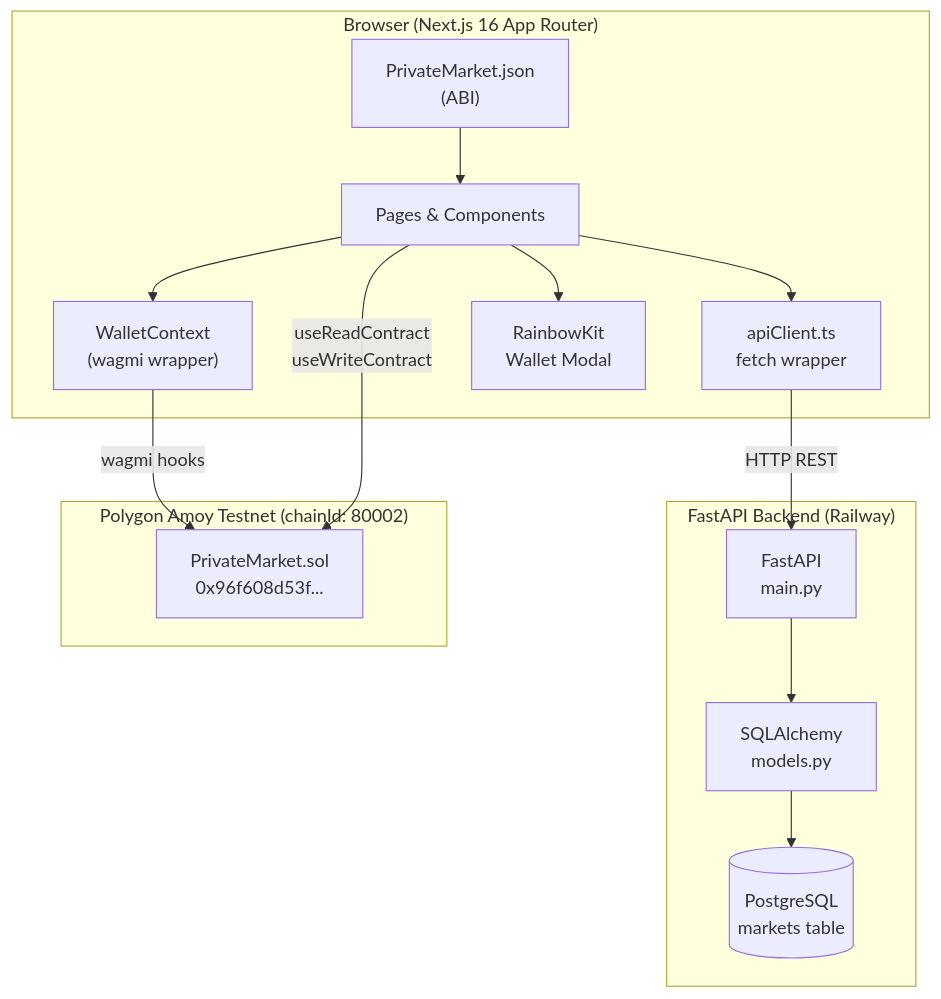
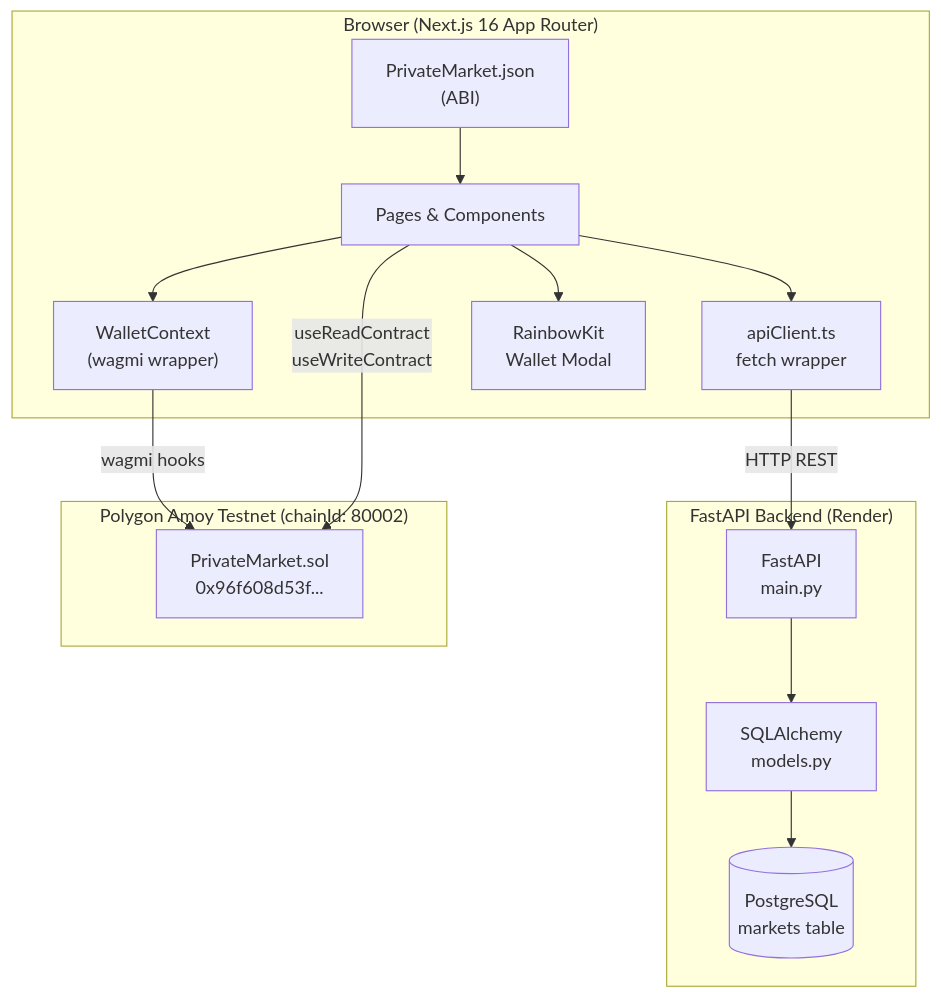
One commit to ameer-khan-ashraf/private-polymarket changed the first of 8 diagrams in ARCHITECTURE.md. Above: the diagram before and after it, drawn with Mermaid. The commit also changed 4 other files, not shown here.

First line of the commit message:
Add backend CI and deploy to Render after checks pass

````diff
--- a/ARCHITECTURE.md
+++ b/ARCHITECTURE.md
@@ -5,29 +5,29 @@
 ```mermaid
 graph TB
     subgraph Client ["Browser (Next.js 16 App Router)"]
         UI["Pages & Components"]
         WC["WalletContext\n(wagmi wrapper)"]
         AC["apiClient.ts\nfetch wrapper"]
         ABI["PrivateMarket.json\n(ABI)"]
         RK["RainbowKit\nWallet Modal"]
     end
 
-    subgraph Backend ["FastAPI Backend (Railway)"]
+    subgraph Backend ["FastAPI Backend (Render)"]
         API["FastAPI\nmain.py"]
         ORM["SQLAlchemy\nmodels.py"]
         DB[("PostgreSQL\nmarkets table")]
     end
 
     subgraph Chain ["Polygon Amoy Testnet (chainId: 80002)"]
         SC["PrivateMarket.sol\n0x96f608d53f..."]
     end
 
     UI --> AC
     UI --> WC
     UI --> RK
     WC --> |wagmi hooks| SC
     AC --> |HTTP REST| API
     API --> ORM --> DB
     UI --> |useReadContract\nuseWriteContract| SC
     ABI --> UI
 ```
````
